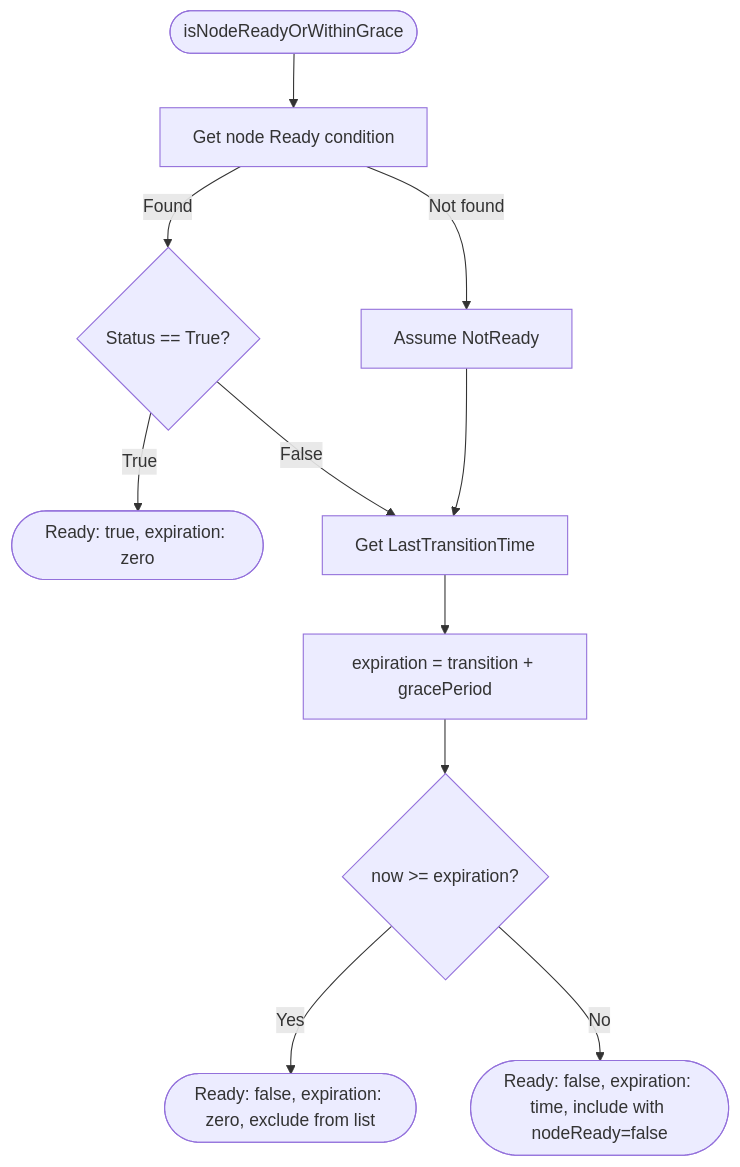
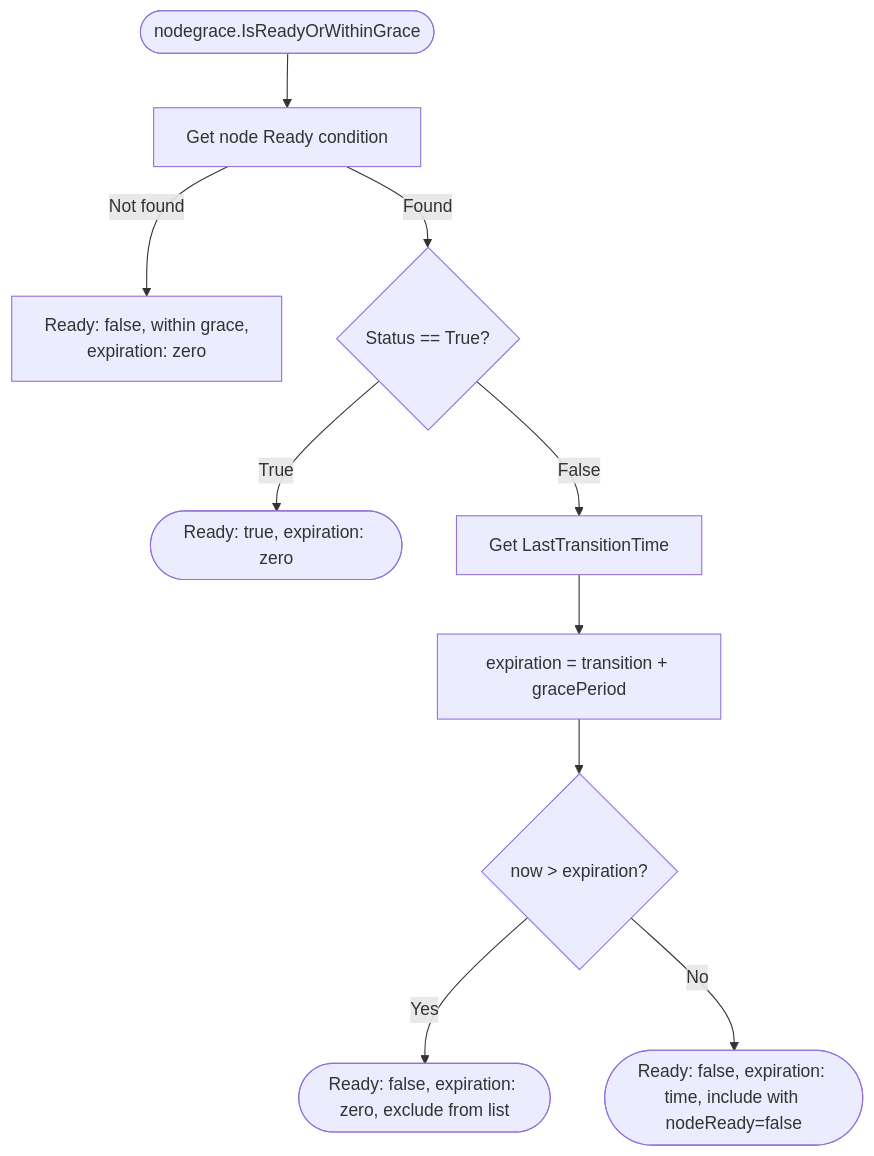
One commit to deckhouse/sds-replicated-volume changed the sixth of 6 diagrams in images/controller/internal/controllers/rsp_controller/README.md. Above: the diagram before and after it, drawn with Mermaid. The commit also changed other lines of this file and 51 other files, not shown here.

````diff
--- a/images/controller/internal/controllers/rsp_controller/README.md
+++ b/images/controller/internal/controllers/rsp_controller/README.md
@@ -370,16 +374,15 @@
 ```mermaid
 flowchart TD
-    Start([isNodeReadyOrWithinGrace]) --> GetReadyCond[Get node Ready condition]
-    GetReadyCond -->|Not found| AssumeNotReady[Assume NotReady]
+    Start(["nodegrace.IsReadyOrWithinGrace"]) --> GetReadyCond[Get node Ready condition]
+    GetReadyCond -->|Not found| MissingReady["Ready: false, within grace,<br>expiration: zero"]
 
     GetReadyCond -->|Found| CheckStatus{Status == True?}
     CheckStatus -->|True| ReturnReady([Ready: true, expiration: zero])
 
     CheckStatus -->|False| GetTransition[Get LastTransitionTime]
-    AssumeNotReady --> GetTransition
     GetTransition --> CalcExpiration[expiration = transition + gracePeriod]
 
-    CalcExpiration --> CheckExpired{now >= expiration?}
+    CalcExpiration --> CheckExpired{"now > expiration?"}
     CheckExpired -->|Yes| ReturnExpired([Ready: false, expiration: zero, exclude from list])
     CheckExpired -->|No| ReturnWithinGrace([Ready: false, expiration: time, include with nodeReady=false])
 ```
````
